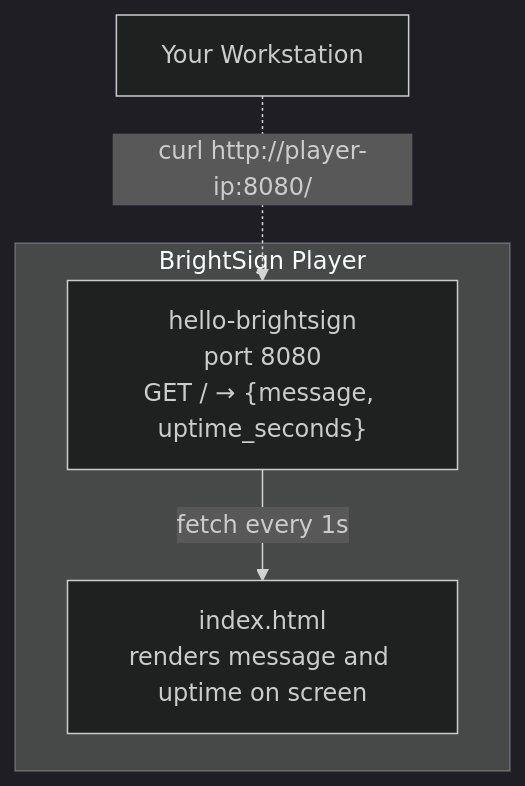
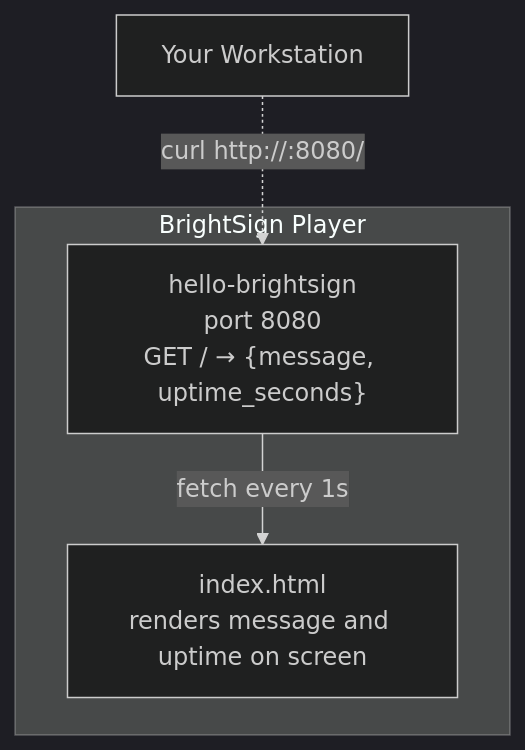
The second of 2 diagrams in workshop/00-introduction/README.md (BrightDevelopers/bs-workshop-extension), drawn with Mermaid (dark theme) before and after one commit. The commit also changed 5 other files, not shown here.

````diff
--- a/workshop/00-introduction/README.md
+++ b/workshop/00-introduction/README.md
@@ -97,9 +97,9 @@
 ```mermaid
 graph TB
     subgraph player["BrightSign Player"]
         ext["hello-brightsign\nport 8080\nGET / → {message, uptime_seconds}"]
         html["index.html\nrenders message and uptime on screen"]
         ext -->|"fetch every 1s"| html
     end
-    ws["Your Workstation"] -.->|"curl http://player-ip:8080/"| ext
+    ws["Your Workstation"] -.->|"curl http://<PLAYER_IP>:8080/"| ext
 ```
````
